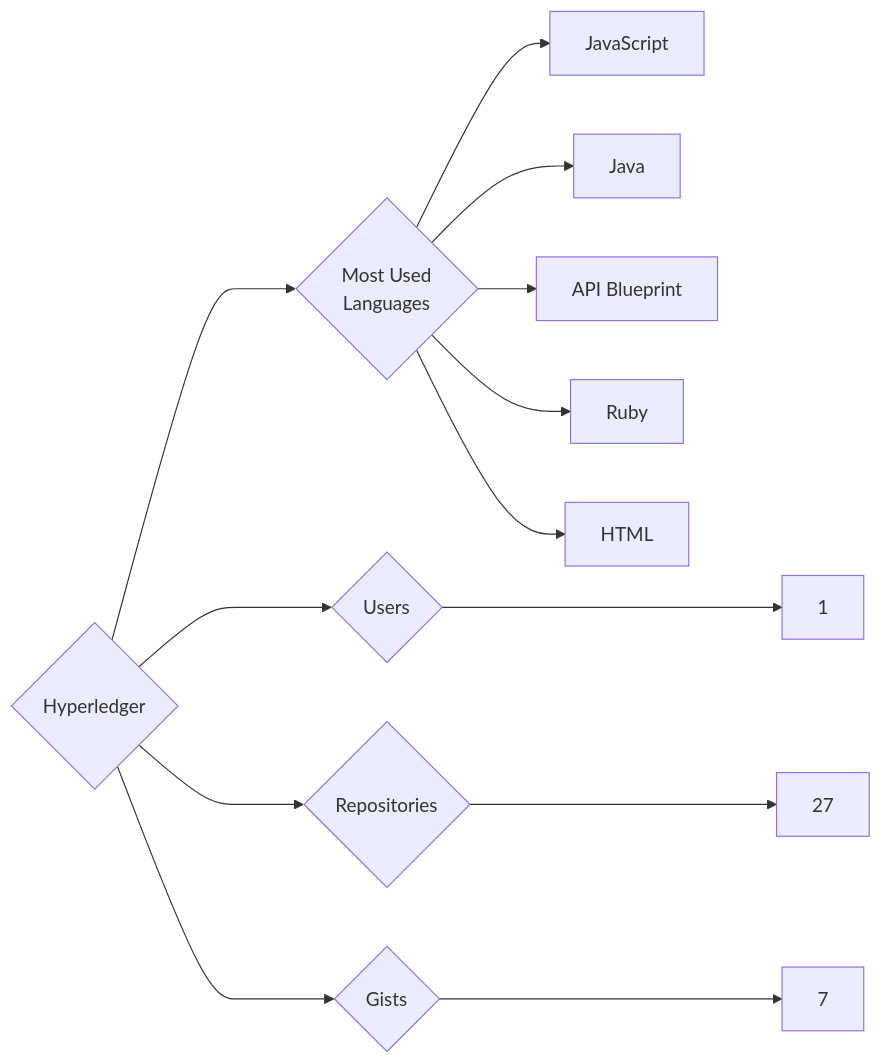
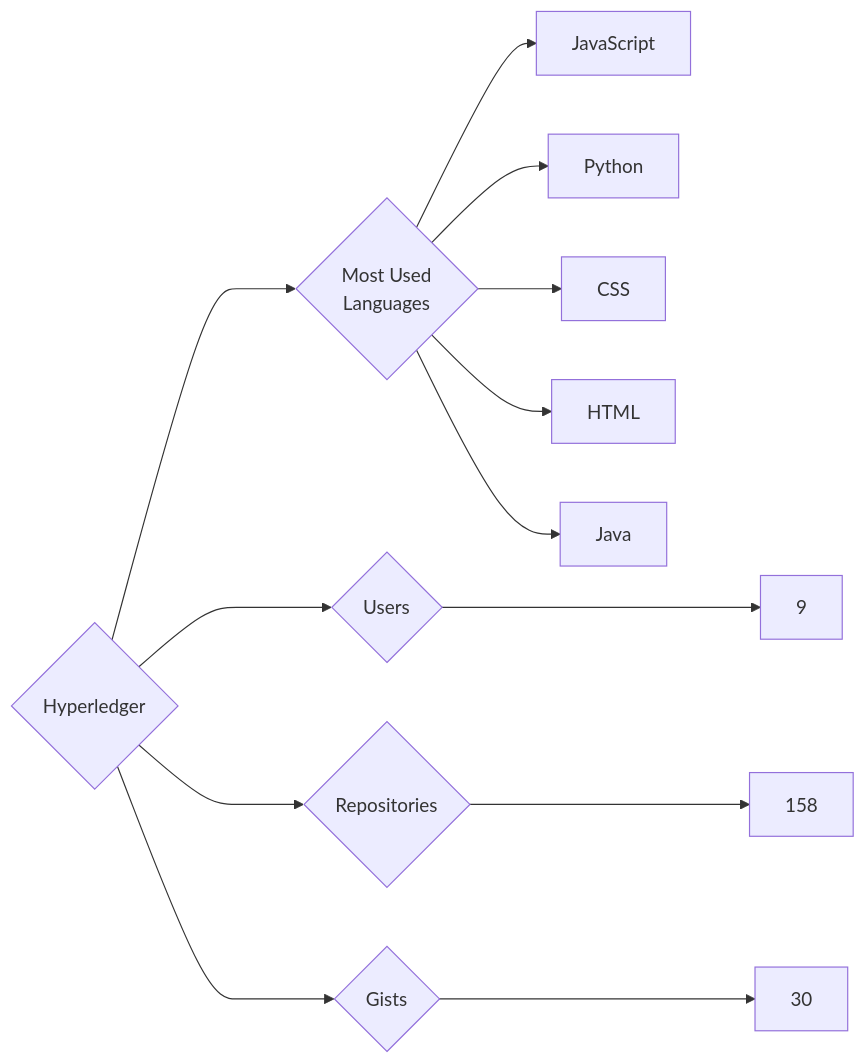
The diagram in targets/Hyperledger/README.md (trickest/insiders), drawn with Mermaid before and after one commit. The commit also changed 1036 other files, not shown here.

````diff
--- a/targets/Hyperledger/README.md
+++ b/targets/Hyperledger/README.md
@@ -3,13 +3,13 @@
 ```mermaid
 graph LR
 COMPANY_NAME{Hyperledger}
-COMPANY_NAME ---> U{Users} ---> UN[1]
-COMPANY_NAME ---> R{Repositories} ---> RN[27]
-COMPANY_NAME ---> G{Gists} ---> GN[7]
+COMPANY_NAME ---> U{Users} ---> UN[9]
+COMPANY_NAME ---> R{Repositories} ---> RN[158]
+COMPANY_NAME ---> G{Gists} ---> GN[30]
 COMPANY_NAME ---> ML{Most Used<br>Languages}
 ML --> JavaScript[JavaScript]
+ML --> Python[Python]
+ML --> CSS[CSS]
+ML --> HTML[HTML]
 ML --> Java[Java]
-ML --> API_Blueprint[API Blueprint]
-ML --> Ruby[Ruby]
-ML --> HTML[HTML]
 ```
````
